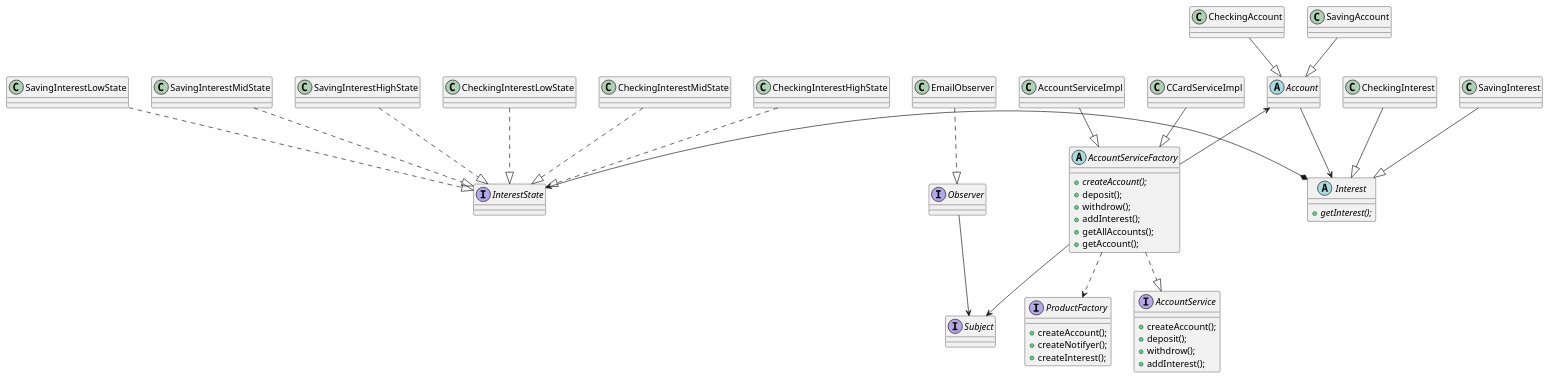
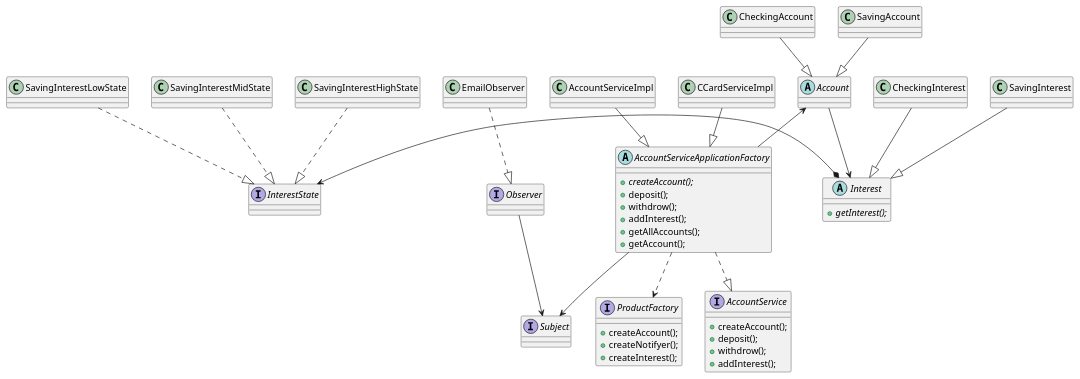
The diagram in src/main/java/Internal/classDiagram.puml (kgapparov/ASDProject), drawn with PlantUML before and after one commit. The commit also changed 1 other file, not shown here.

Commit message:
Last updates with diagram

```diff
--- a/src/main/java/Internal/classDiagram.puml
+++ b/src/main/java/Internal/classDiagram.puml
@@ -1,80 +1,80 @@
 @startuml
 'https://plantuml.com/class-diagram
 
 interface AccountService {
     +createAccount();
     +deposit();
     +withdrow();
     +addInterest();
 }
 
-abstract AccountServiceFactory{
+abstract AccountServiceApplicationFactory{
     +{abstract}createAccount();
     +deposit();
     +withdrow();
     +addInterest();
     +getAllAccounts();
     +getAccount();
 }
 
 abstract Interest {
     +{abstract}getInterest();
 }
 
 interface ProductFactory {
     +createAccount();
     +createNotifyer();
     +createInterest();
 }
 'new Account product with subclasses
 abstract Account
 class CheckingAccount
 class SavingAccount
 'diagram
 CheckingAccount --|> Account
 SavingAccount --|> Account
 
 
 'Observer pattern for notifiyer
 interface Subject
 Interface Observer
 class EmailObserver
 
 Observer --> Subject
 EmailObserver ..|> Observer
 
-AccountServiceFactory --> Subject
+AccountServiceApplicationFactory --> Subject
 abstract Interest
 class CheckingInterest
 class SavingInterest
 
 CheckingInterest --|> Interest
 SavingInterest --|> Interest
 
 interface InterestState
 InterestState <-* Interest
 
 
 class SavingInterestLowState
 class SavingInterestMidState
 class SavingInterestHighState
 SavingInterestHighState ..|> InterestState
 SavingInterestLowState ..|> InterestState
 SavingInterestMidState ..|> InterestState
+'
+'class CheckingInterestLowState
+'class CheckingInterestMidState
+'class CheckingInterestHighState
+'CheckingInterestHighState ..|> InterestState
+'CheckingInterestLowState ..|> InterestState
+'CheckingInterestMidState ..|> InterestState
 
-class CheckingInterestLowState
-class CheckingInterestMidState
-class CheckingInterestHighState
-CheckingInterestHighState ..|> InterestState
-CheckingInterestLowState ..|> InterestState
-CheckingInterestMidState ..|> InterestState
+AccountServiceApplicationFactory ..|> AccountService
+Account --> Interest
+AccountServiceImpl --|> AccountServiceApplicationFactory
+CCardServiceImpl --|> AccountServiceApplicationFactory
 
-AccountServiceFactory ..|> AccountService
-Account --> Interest
-AccountServiceImpl --|> AccountServiceFactory
-CCardServiceImpl --|> AccountServiceFactory
-
-AccountServiceFactory ..> ProductFactory
-Account <-- AccountServiceFactory
+AccountServiceApplicationFactory ..> ProductFactory
+Account <-- AccountServiceApplicationFactory
 
 @enduml
```
